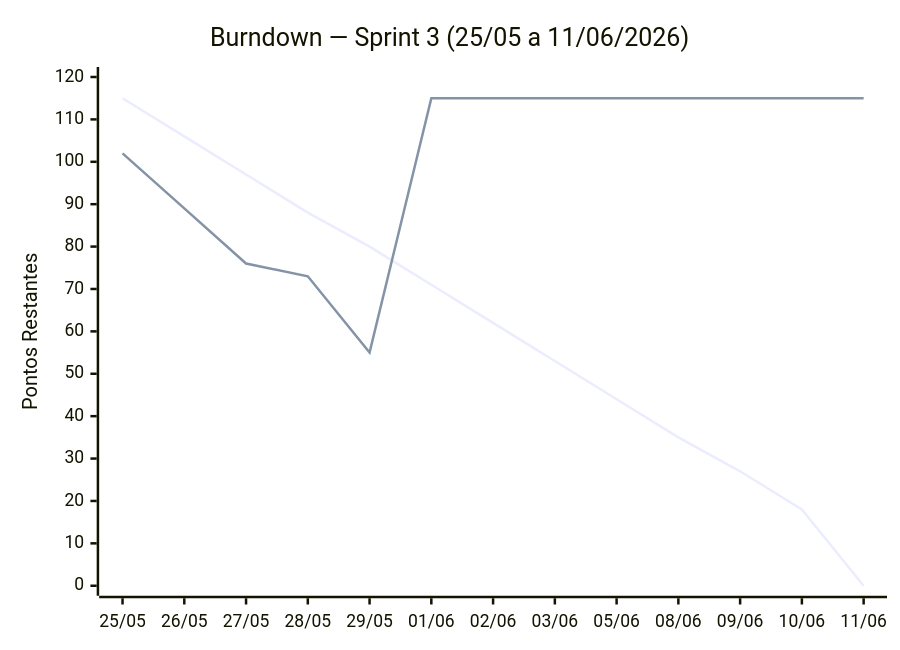
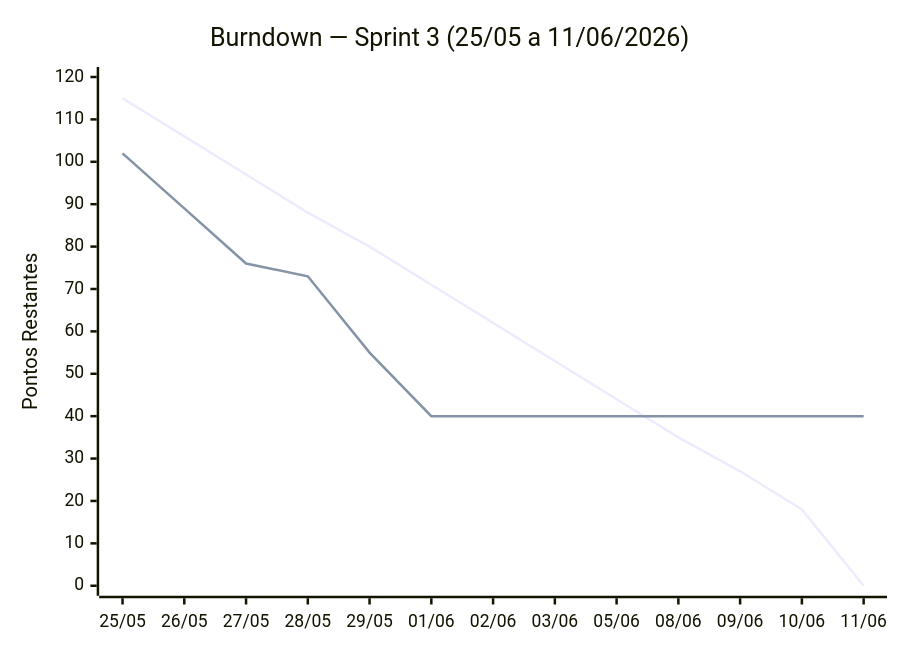
One commit to DEVassos/scrum-flow-abp changed the diagram in docs/scrum/sprint-3/sprint-3.md. Above: the diagram before and after it, drawn with Mermaid. The commit also changed other lines of this file and 1 other file, not shown here.

````diff
--- a/docs/scrum/sprint-3/sprint-3.md
+++ b/docs/scrum/sprint-3/sprint-3.md
@@ -98,8 +98,8 @@
 ```mermaid
 xychart-beta
     title "Burndown — Sprint 3 (25/05 a 11/06/2026)"
     x-axis ["25/05", "26/05", "27/05", "28/05", "29/05", "01/06", "02/06", "03/06", "05/06", "08/06", "09/06", "10/06", "11/06"]
     y-axis "Pontos Restantes" 0 --> 120
     line [115, 106, 97, 88, 80, 71, 62, 53, 44, 35, 27, 18, 0]
-    line [102, 89, 76, 73, 55, 115, 115, 115, 115, 115, 115, 115, 115]
+    line [102, 89, 76, 73, 55, 40, 40, 40, 40, 40, 40, 40, 40]
 ```
````
